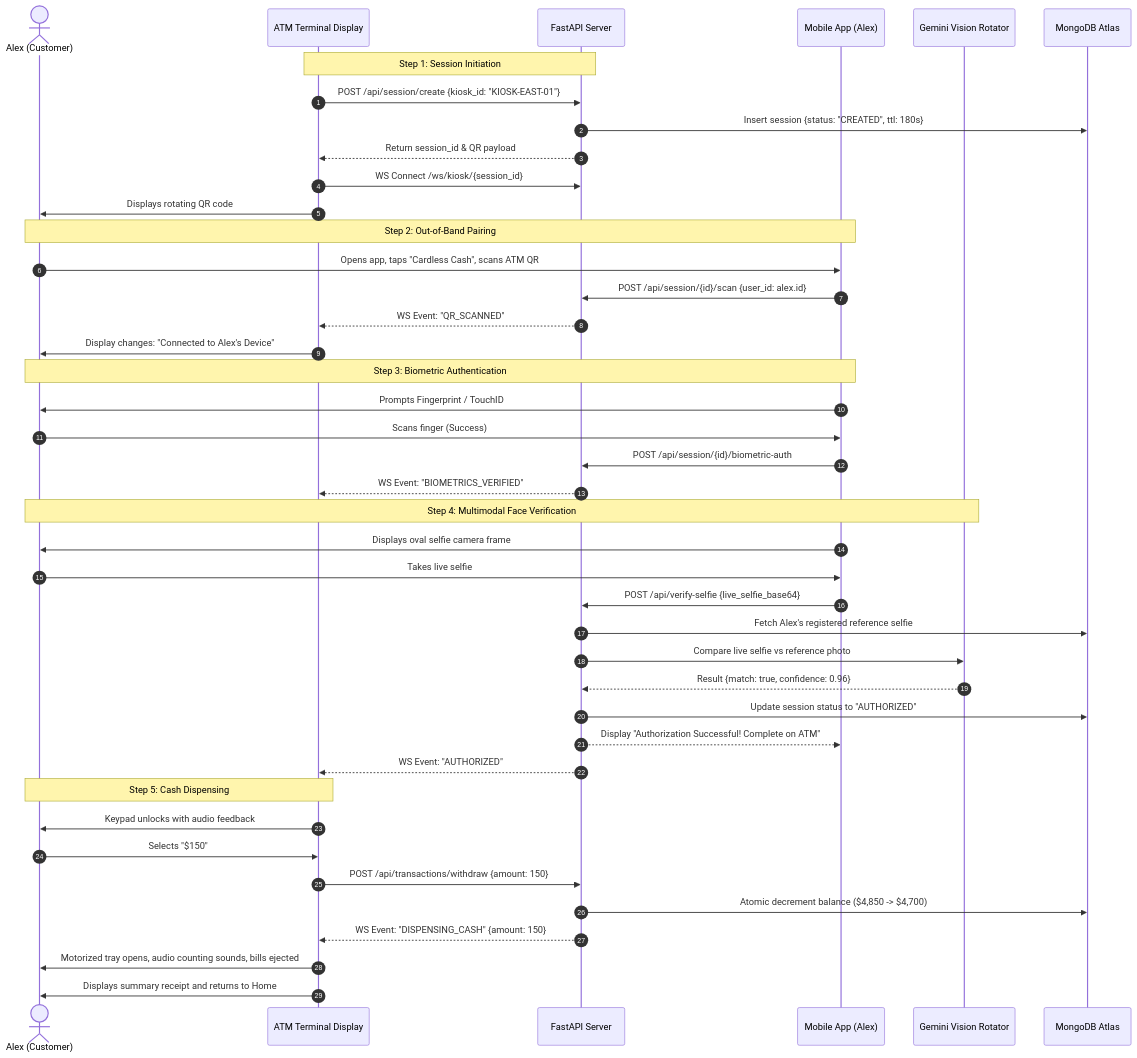
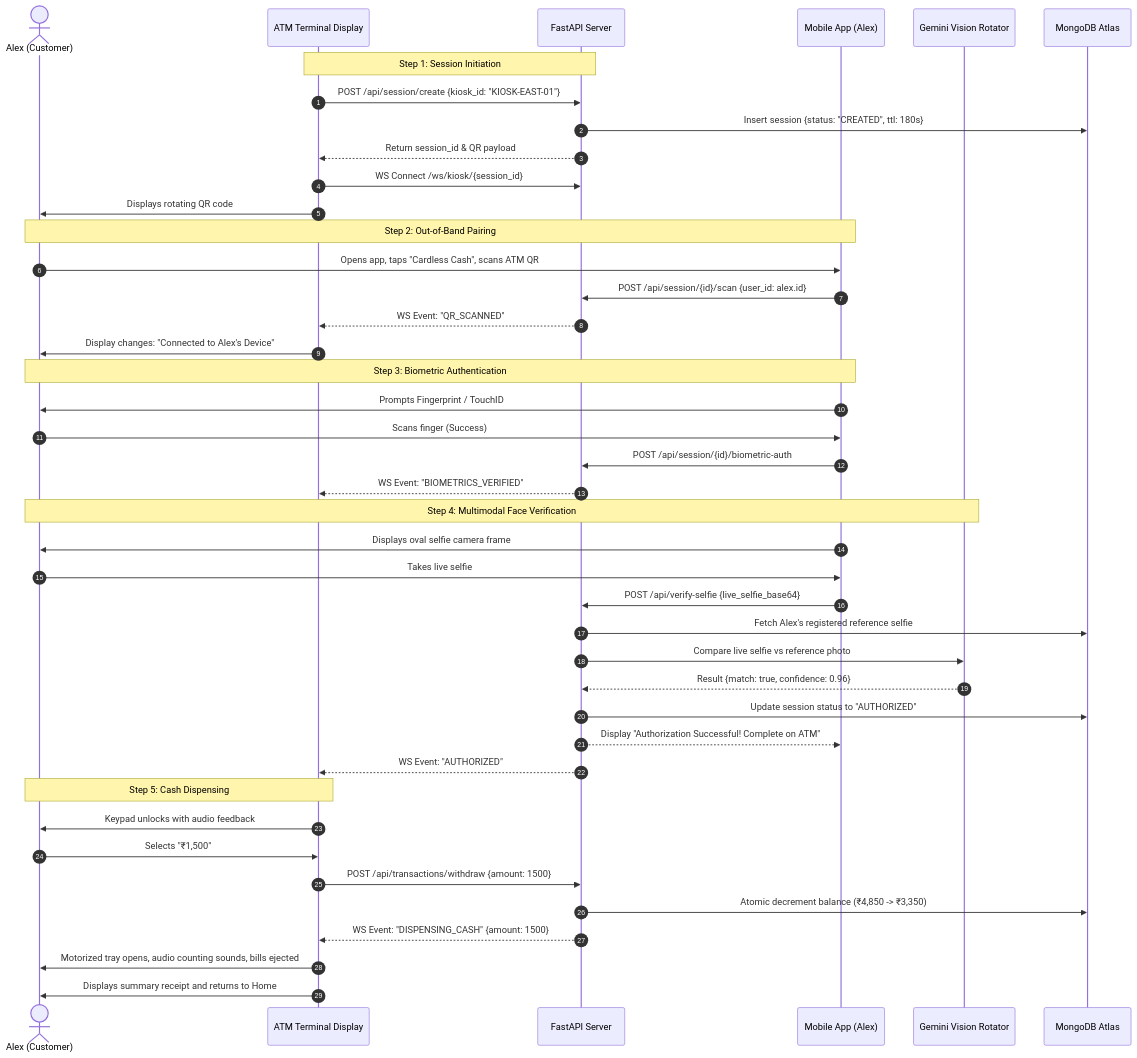
The first of 3 diagrams in WORKING.md (sujay-237/ATM-Kisok), drawn with Mermaid before and after one commit. The commit also changed other lines of this file and 11 other files, not shown here.

````diff
--- a/WORKING.md
+++ b/WORKING.md
@@ -45,49 +45,49 @@
 ```mermaid
 sequenceDiagram
     autonumber
     actor User as Alex (Customer)
     participant Kiosk as ATM Terminal Display
     participant Backend as FastAPI Server
     participant Mobile as Mobile App (Alex)
     participant Gemini as Gemini Vision Rotator
     participant DB as MongoDB Atlas
 
     Note over Kiosk,Backend: Step 1: Session Initiation
     Kiosk->>Backend: POST /api/session/create {kiosk_id: "KIOSK-EAST-01"}
     Backend->>DB: Insert session {status: "CREATED", ttl: 180s}
     Backend-->>Kiosk: Return session_id & QR payload
     Kiosk->>Backend: WS Connect /ws/kiosk/{session_id}
     Kiosk->>User: Displays rotating QR code
 
     Note over User,Mobile: Step 2: Out-of-Band Pairing
     User->>Mobile: Opens app, taps "Cardless Cash", scans ATM QR
     Mobile->>Backend: POST /api/session/{id}/scan {user_id: alex.id}
     Backend-->>Kiosk: WS Event: "QR_SCANNED"
     Kiosk->>User: Display changes: "Connected to Alex's Device"
 
     Note over User,Mobile: Step 3: Biometric Authentication
     Mobile->>User: Prompts Fingerprint / TouchID
     User->>Mobile: Scans finger (Success)
     Mobile->>Backend: POST /api/session/{id}/biometric-auth
     Backend-->>Kiosk: WS Event: "BIOMETRICS_VERIFIED"
 
     Note over User,Gemini: Step 4: Multimodal Face Verification
     Mobile->>User: Displays oval selfie camera frame
     User->>Mobile: Takes live selfie
     Mobile->>Backend: POST /api/verify-selfie {live_selfie_base64}
     Backend->>DB: Fetch Alex's registered reference selfie
     Backend->>Gemini: Compare live selfie vs reference photo
     Gemini-->>Backend: Result {match: true, confidence: 0.96}
     Backend->>DB: Update session status to "AUTHORIZED"
     Backend-->>Mobile: Display "Authorization Successful! Complete on ATM"
     Backend-->>Kiosk: WS Event: "AUTHORIZED"
 
     Note over User,Kiosk: Step 5: Cash Dispensing
     Kiosk->>User: Keypad unlocks with audio feedback
-    User->>Kiosk: Selects "$150"
-    Kiosk->>Backend: POST /api/transactions/withdraw {amount: 150}
-    Backend->>DB: Atomic decrement balance ($4,850 -> $4,700)
-    Backend-->>Kiosk: WS Event: "DISPENSING_CASH" {amount: 150}
+    User->>Kiosk: Selects "₹1,500"
+    Kiosk->>Backend: POST /api/transactions/withdraw {amount: 1500}
+    Backend->>DB: Atomic decrement balance (₹4,850 -> ₹3,350)
+    Backend-->>Kiosk: WS Event: "DISPENSING_CASH" {amount: 1500}
     Kiosk->>User: Motorized tray opens, audio counting sounds, bills ejected
     Kiosk->>User: Displays summary receipt and returns to Home
 ```
````
